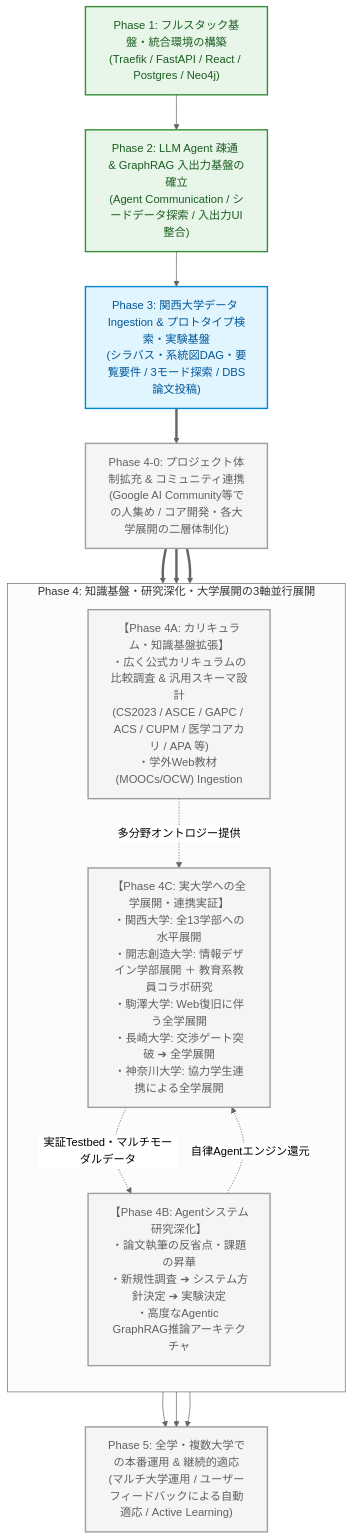
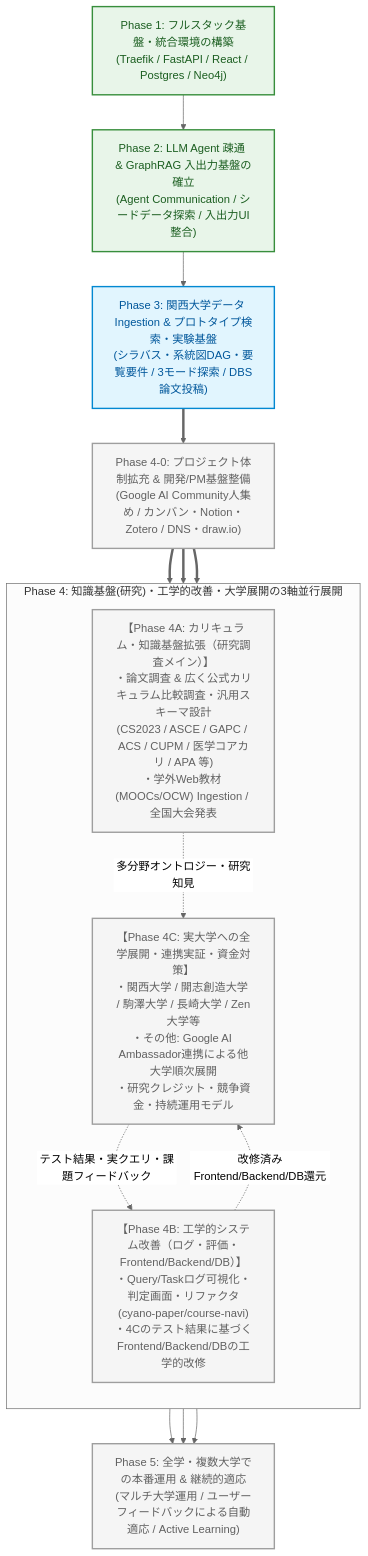
One commit to cyanosome/course-navigator changed the diagram in docs/roadmap.md. Above: the diagram before and after it, drawn with Mermaid (neutral theme). The commit also changed other lines of this file and 16 other files, not shown here.

Commit message:
docs: roadmapを章わけで保存し､各章の内容を具体化した

````diff
--- a/docs/roadmap.md
+++ b/docs/roadmap.md
@@ -26,39 +28,39 @@
 ```mermaid
 flowchart TD
     P1["Phase 1: フルスタック基盤・統合環境の構築<br/>(Traefik / FastAPI / React / Postgres / Neo4j)"]
     P2["Phase 2: LLM Agent 疎通 & GraphRAG 入出力基盤の確立<br/>(Agent Communication / シードデータ探索 / 入出力UI整合)"]
     P3["Phase 3: 関西大学データ Ingestion & プロトタイプ検索・実験基盤<br/>(シラバス・系統図DAG・要覧要件 / 3モード探索 / DBS論文投稿)"]
 
-    P4_0["Phase 4-0: プロジェクト体制拡充 & コミュニティ連携<br/>(Google AI Community等での人集め / コア開発・各大学展開の二層体制化)"]
+    P4_0["Phase 4-0: プロジェクト体制拡充 & 開発/PM基盤整備<br/>(Google AI Community人集め / カンバン・Notion・Zotero / DNS・draw.io)"]
 
-    subgraph Phase4Parallel ["Phase 4: 知識基盤・研究深化・大学展開の3軸並行展開"]
+    subgraph Phase4Parallel ["Phase 4: 知識基盤(研究)・工学的改善・大学展開の3軸並行展開"]
         direction TB
-        P4A["【Phase 4A: カリキュラム・知識基盤拡張】<br/>・広く公式カリキュラムの比較調査 & 汎用スキーマ設計<br/>(CS2023 / ASCE / GAPC / ACS / CUPM / 医学コアカリ / APA 等)<br/>・学外Web教材 (MOOCs/OCW) Ingestion"]
-        P4B["【Phase 4B: Agentシステム研究深化】<br/>・論文執筆の反省点・課題の昇華<br/>・新規性調査 ➔ システム方針決定 ➔ 実験決定<br/>・高度なAgentic GraphRAG推論アーキテクチャ"]
-        P4C["【Phase 4C: 実大学への全学展開・連携実証】<br/>・関西大学: 全13学部への水平展開<br/>・開志創造大学: 情報デザイン学部展開 ＋ 教育系教員コラボ研究<br/>・駒澤大学: Web復旧に伴う全学展開<br/>・長崎大学: 交渉ゲート突破 ➔ 全学展開<br/>・神奈川大学: 協力学生連携による全学展開"]
+        P4A["【Phase 4A: カリキュラム・知識基盤拡張（研究調査メイン）】<br/>・論文調査 & 広く公式カリキュラム比較調査・汎用スキーマ設計<br/>(CS2023 / ASCE / GAPC / ACS / CUPM / 医学コアカリ / APA 等)<br/>・学外Web教材 (MOOCs/OCW) Ingestion / 全国大会発表"]
+        P4B["【Phase 4B: 工学的システム改善（ログ・評価・Frontend/Backend/DB）】<br/>・Query/Taskログ可視化・判定画面・リファクタ(cyano-paper/course-navi)<br/>・4Cのテスト結果に基づくFrontend/Backend/DBの工学的改修"]
+        P4C["【Phase 4C: 実大学への全学展開・連携実証・資金対策】<br/>・関西大学 / 開志創造大学 / 駒澤大学 / 長崎大学 / Zen大学等<br/>・その他: Google AI Ambassador連携による他大学順次展開<br/>・研究クレジット・競争資金・持続運用モデル"]
     end
 
     P5["Phase 5: 全学・複数大学での本番運用 & 継続的適応<br/>(マルチ大学運用 / ユーザーフィードバックによる自動適応 / Active Learning)"]
 
     P1 --> P2
     P2 --> P3
     P3 ==> P4_0
     P4_0 ==> P4A
     P4_0 ==> P4B
     P4_0 ==> P4C
 
-    P4A -. "多分野オントロジー提供" .-> P4C
-    P4C -. "実証Testbed・マルチモーダルデータ" .-> P4B
-    P4B -. "自律Agentエンジン還元" .-> P4C
+    P4A -. "多分野オントロジー・研究知見" .-> P4C
+    P4C -. "テスト結果・実クエリ・課題フィードバック" .-> P4B
+    P4B -. "改修済みFrontend/Backend/DB還元" .-> P4C
 
     P4A --> P5
     P4B --> P5
     P4C --> P5
 
     classDef done fill:#e8f5e9,stroke:#388e3c,stroke-width:2px,color:#1b5e20;
     classDef current fill:#e1f5fe,stroke:#0288d1,stroke-width:2px,color:#01579b;
     classDef future fill:#f5f5f5,stroke:#9e9e9e,stroke-width:2px,color:#616161;
     class P1,P2 done;
     class P3 current;
     class P4_0,P4A,P4B,P4C,P5 future;
 ```
````
